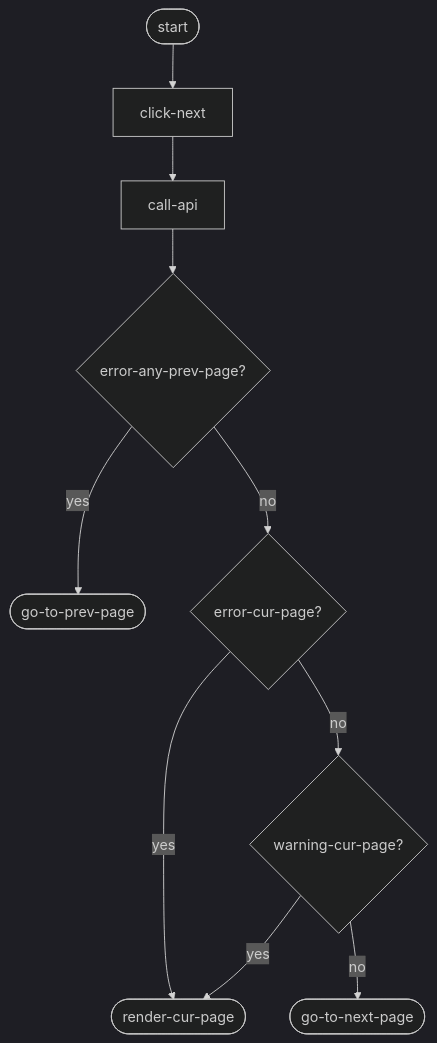
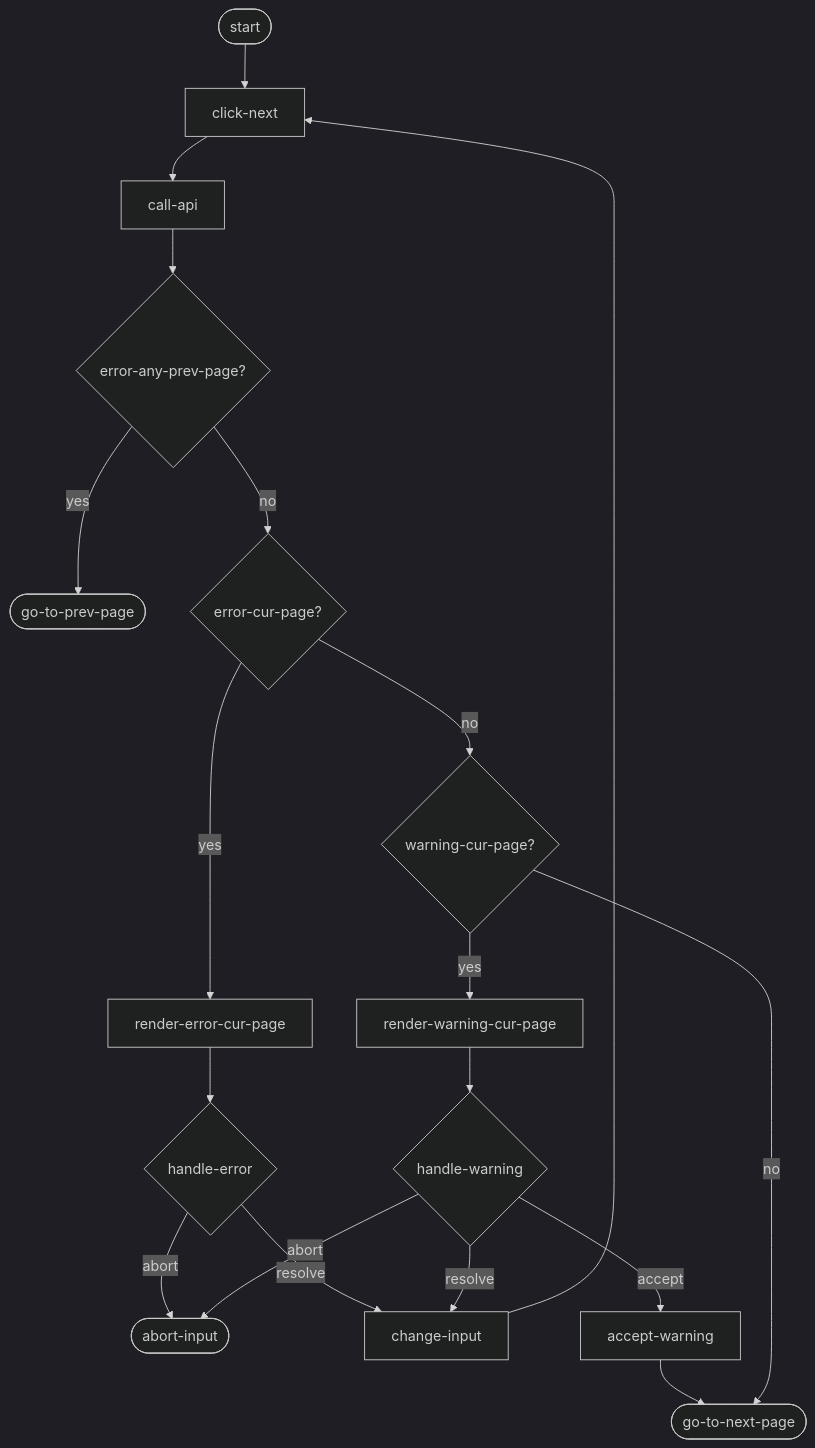
Before and after one commit to kiesraad/abacus: the third of 4 diagrams in documentatie/flowcharts/date-entry-page.md, drawn with Mermaid (dark theme). The commit also changed other lines of this file, not shown here.

Commit message:
adds accept warning flow

````diff
--- a/documentatie/flowcharts/date-entry-page.md
+++ b/documentatie/flowcharts/date-entry-page.md
@@ -112,31 +112,51 @@
 ```mermaid
 flowchart TD
 
     %% elements
     flow-start([start])
     go-to-prev-page([go-to-prev-page])
     go-to-next-page([go-to-next-page])
-    render-cur-page([render-cur-page])
+
+    abort-input([abort-input])
+    
+    render-error-cur-page
+    render-warning-cur-page
 
     click-next
     call-api
 
     error-any-prev-page{error-any-prev-page?}
     error-cur-page{error-cur-page?}
     warning-cur-page{warning-cur-page?}
 
+    address-error{handle-error}
+
+    address-warning{handle-warning}
+
     %% flow
     flow-start --> click-next
     click-next --> call-api
     call-api --> error-any-prev-page
+
     error-any-prev-page -- yes --> go-to-prev-page
 
     error-any-prev-page -- no --> error-cur-page
 
-    error-cur-page -- yes --> render-cur-page
+    error-cur-page -- yes --> render-error-cur-page
+    render-error-cur-page --> address-error
+    
+    address-error -- abort --> abort-input
+    address-error -- resolve --> change-input
+    change-input --> click-next
+
     error-cur-page -- no --> warning-cur-page
+    warning-cur-page -- yes --> render-warning-cur-page
+    render-warning-cur-page --> address-warning
+    address-warning -- resolve --> change-input
+    address-warning -- accept --> accept-warning
+    accept-warning --> go-to-next-page
+    address-warning -- abort --> abort-input
 
-    warning-cur-page -- yes --> render-cur-page
     warning-cur-page -- no --> go-to-next-page
 
 ```
````
